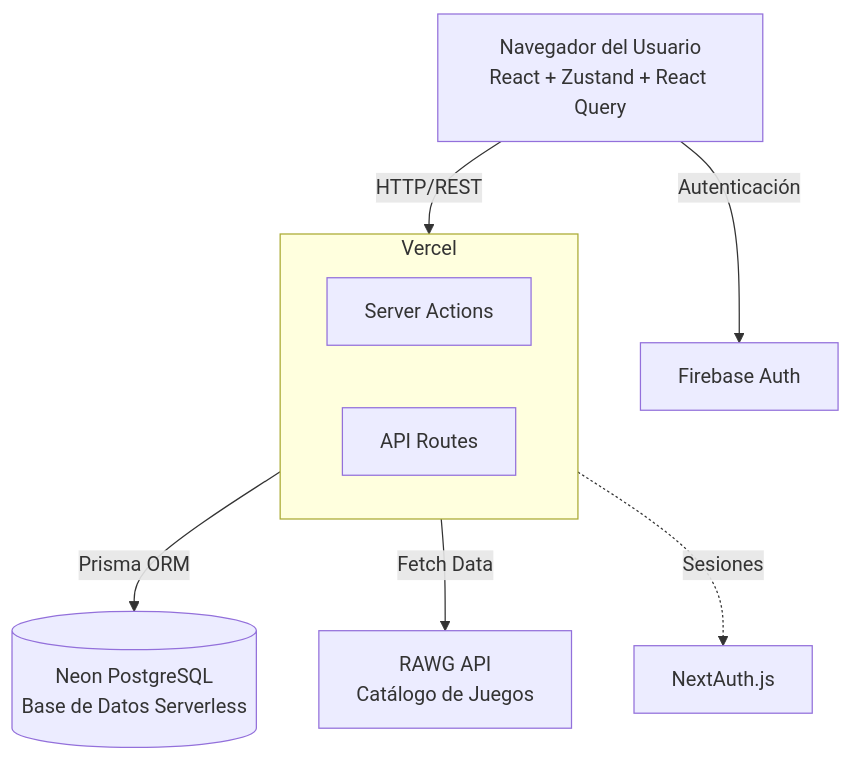
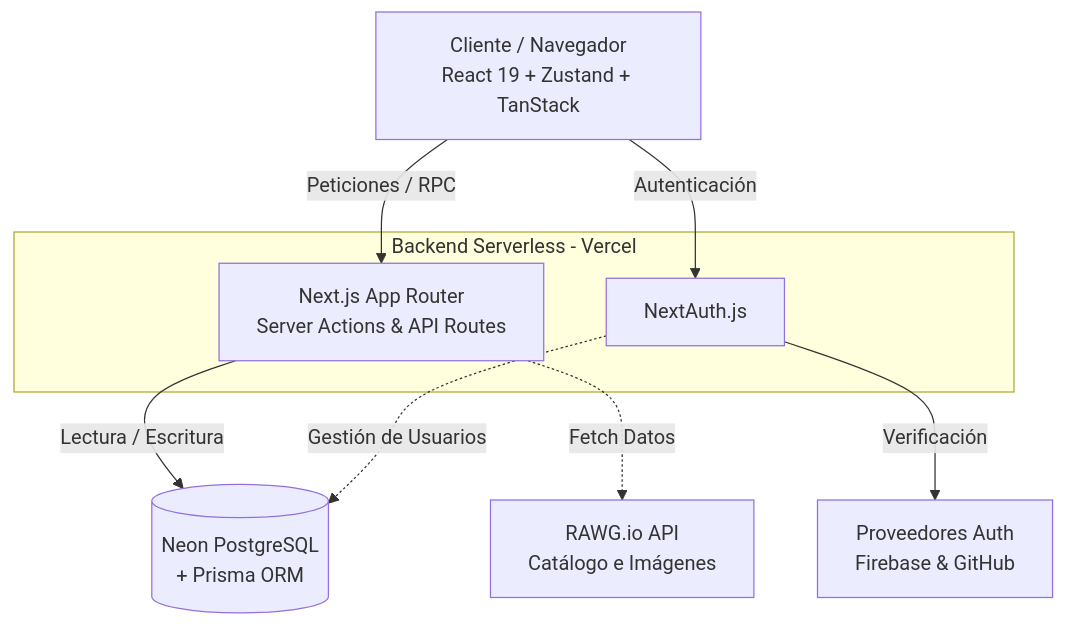
One commit to SaraRGonz/checkpoint-next changed the diagram in README.md. Above: the diagram before and after it, drawn with Mermaid. The commit also changed other lines of this file, not shown here.

````diff
--- a/README.md
+++ b/README.md
@@ -27,14 +27,26 @@
 ```mermaid
 graph TD
-    Client[Navegador del Usuario\nReact + Zustand + React Query] -->|HTTP/REST| Vercel[Vercel Serverless\nNext.js App Router]
+    %% Cliente
+    Client[Cliente / Navegador<br/>React 19 + Zustand + TanStack]
+
+    %% Servidor
+    subgraph Vercel [Backend Serverless - Vercel]
+        NextApp[Next.js App Router<br/>Server Actions & API Routes]
+        NextAuth[NextAuth.js]
+    end
+
+    %% Recursos Externos
+    DB[(Neon PostgreSQL<br/>+ Prisma ORM)]
+    Auth[Proveedores Auth<br/>Firebase & GitHub]
+    RAWG[RAWG.io API<br/>Catálogo e Imágenes]
+
+    %% Flujos principales
+    Client -->|Peticiones / RPC| NextApp
+    Client -->|Autenticación| NextAuth
     
-    subgraph Vercel
-        ServerActions[Server Actions]
-        ApiRoutes[API Routes]
-    end
+    NextApp -->|Lectura / Escritura| DB
+    NextApp -.->|Fetch Datos| RAWG
     
-    Client -->|Autenticación| FirebaseAuth[Firebase Auth]
-    Vercel -->|Prisma ORM| NeonDB[(Neon PostgreSQL\nBase de Datos Serverless)]
-    Vercel -->|Fetch Data| RAWG[RAWG API\nCatálogo de Juegos]
-    Vercel -.->|Sesiones| NextAuth[NextAuth.js]
+    NextAuth -->|Verificación| Auth
+    NextAuth -.->|Gestión de Usuarios| DB
 ```
````
